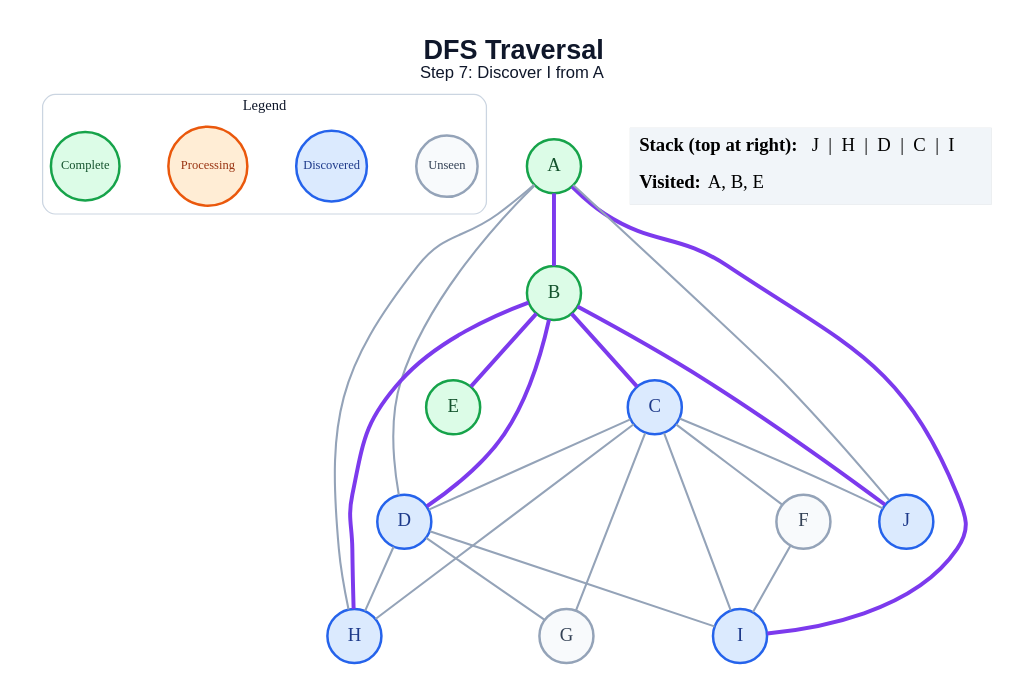
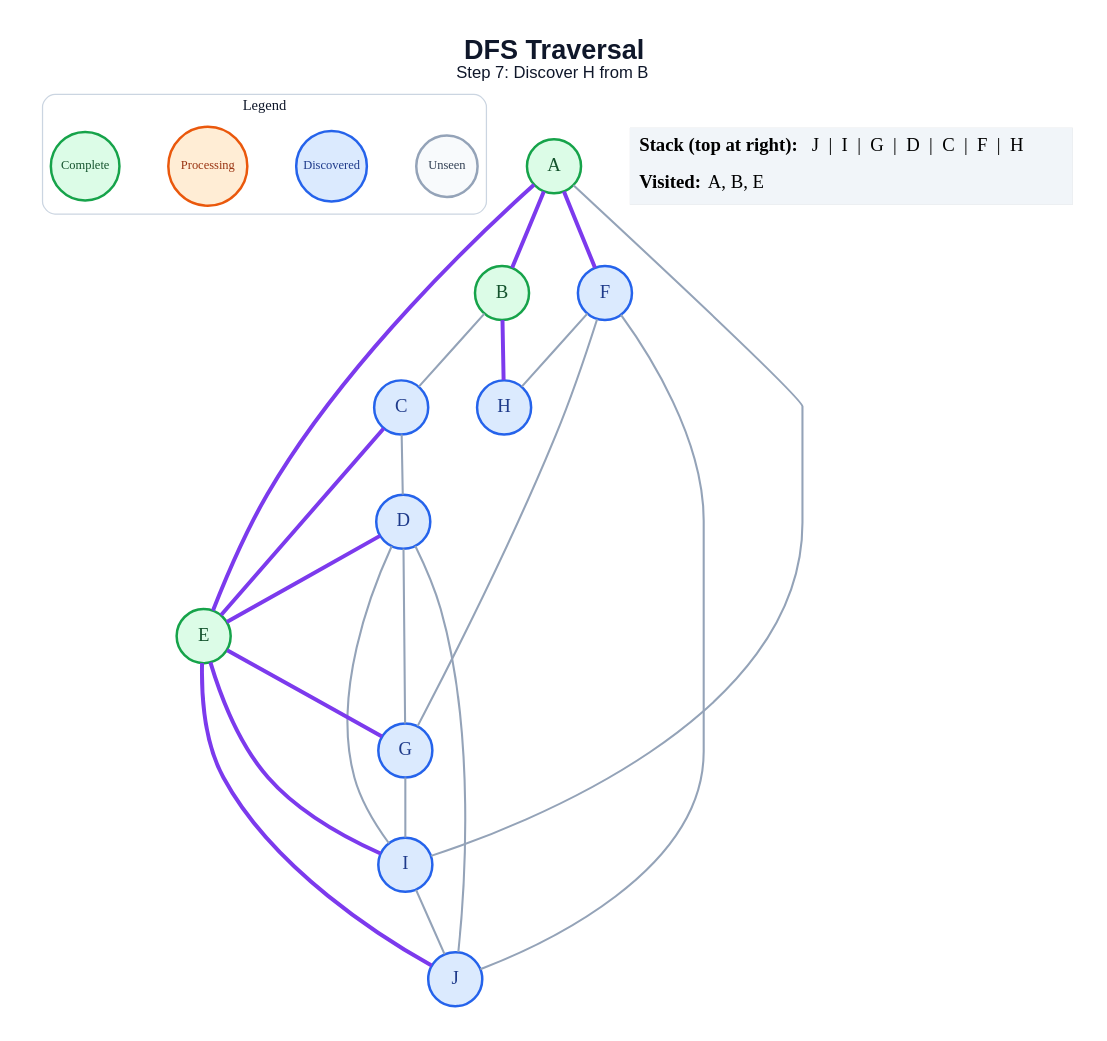
Before and after one commit to amanghodawala9/ai-slop: the diagram in generated/specific-node/dfs/step_07.dot, drawn with Graphviz. The commit also changed 178 other files, not shown here.

```diff
--- a/generated/specific-node/dfs/step_07.dot
+++ b/generated/specific-node/dfs/step_07.dot
@@ -1,49 +1,49 @@
 graph traversal {
   graph [layout=dot, rankdir=TB, bgcolor="#FFFFFF", pad="0.35", nodesep="0.65", ranksep="0.8", fontname="Arial"];
   node [shape=circle, style="filled", fontname="Arial Bold", fontsize=18, width=0.72, fixedsize=true, penwidth=2.4];
   edge [color="#94A3B8", penwidth=2.0];
-  label=<<B>DFS Traversal</B><BR/><FONT POINT-SIZE="16">Step 7: Discover I from A</FONT>>; labelloc="t"; fontsize=26; fontname="Arial"; fontcolor="#0F172A";
+  label=<<B>DFS Traversal</B><BR/><FONT POINT-SIZE="16">Step 7: Discover H from B</FONT>>; labelloc="t"; fontsize=26; fontname="Arial"; fontcolor="#0F172A";
   subgraph cluster_legend { label="Legend"; color="#CBD5E1"; penwidth=1.2; style="rounded"; fontsize=14; fontname="Arial Bold";
     key_unseen [label="Unseen", fillcolor="#F8FAFC", color="#94A3B8", fontcolor="#334155", fontsize=12, width=0.82];
     key_frontier [label="Discovered", fillcolor="#DBEAFE", color="#2563EB", fontcolor="#1E3A8A", fontsize=12, width=0.95];
     key_current [label="Processing", fillcolor="#FFEDD5", color="#EA580C", fontcolor="#9A3412", fontsize=12, width=1.05];
     key_done [label="Complete", fillcolor="#DCFCE7", color="#16A34A", fontcolor="#14532D", fontsize=12, width=0.92];
     { rank=same; key_unseen; key_frontier; key_current; key_done; }
   }
   A [fillcolor="#DCFCE7", color="#16A34A", fontcolor="#14532D"];
   B [fillcolor="#DCFCE7", color="#16A34A", fontcolor="#14532D"];
   C [fillcolor="#DBEAFE", color="#2563EB", fontcolor="#1E3A8A"];
   D [fillcolor="#DBEAFE", color="#2563EB", fontcolor="#1E3A8A"];
   E [fillcolor="#DCFCE7", color="#16A34A", fontcolor="#14532D"];
-  F [fillcolor="#F8FAFC", color="#94A3B8", fontcolor="#334155"];
-  G [fillcolor="#F8FAFC", color="#94A3B8", fontcolor="#334155"];
+  F [fillcolor="#DBEAFE", color="#2563EB", fontcolor="#1E3A8A"];
+  G [fillcolor="#DBEAFE", color="#2563EB", fontcolor="#1E3A8A"];
   H [fillcolor="#DBEAFE", color="#2563EB", fontcolor="#1E3A8A"];
   I [fillcolor="#DBEAFE", color="#2563EB", fontcolor="#1E3A8A"];
   J [fillcolor="#DBEAFE", color="#2563EB", fontcolor="#1E3A8A"];
   A -- B [color="#7C3AED", penwidth=3.8];
-  A -- D;
-  A -- H;
-  A -- I [color="#7C3AED", penwidth=3.8];
-  A -- J;
-  B -- C [color="#7C3AED", penwidth=3.8];
-  B -- D [color="#7C3AED", penwidth=3.8];
-  B -- E [color="#7C3AED", penwidth=3.8];
+  A -- E [color="#7C3AED", penwidth=3.8];
+  A -- F [color="#7C3AED", penwidth=3.8];
+  A -- I;
+  B -- C;
   B -- H [color="#7C3AED", penwidth=3.8];
-  B -- J [color="#7C3AED", penwidth=3.8];
   C -- D;
-  C -- F;
-  C -- G;
-  C -- H;
-  C -- I;
-  C -- J;
+  C -- E [color="#7C3AED", penwidth=3.8];
+  D -- E [color="#7C3AED", penwidth=3.8];
   D -- G;
-  D -- H;
   D -- I;
-  F -- I;
+  D -- J;
+  E -- G [color="#7C3AED", penwidth=3.8];
+  E -- I [color="#7C3AED", penwidth=3.8];
+  E -- J [color="#7C3AED", penwidth=3.8];
+  F -- G;
+  F -- H;
+  F -- J;
+  G -- I;
+  I -- J;
   status [shape=plain, fixedsize=false, width=0, height=0, margin=0, label=<
     <TABLE BORDER="0" CELLBORDER="0" CELLPADDING="7" BGCOLOR="#F1F5F9">
-      <TR><TD ALIGN="LEFT"><B>Stack (top at right):</B> J  |  H  |  D  |  C  |  I</TD></TR>
+      <TR><TD ALIGN="LEFT"><B>Stack (top at right):</B> J  |  I  |  G  |  D  |  C  |  F  |  H</TD></TR>
       <TR><TD ALIGN="LEFT"><B>Visited:</B> A, B, E</TD></TR>
     </TABLE>
   >];
 }
```
